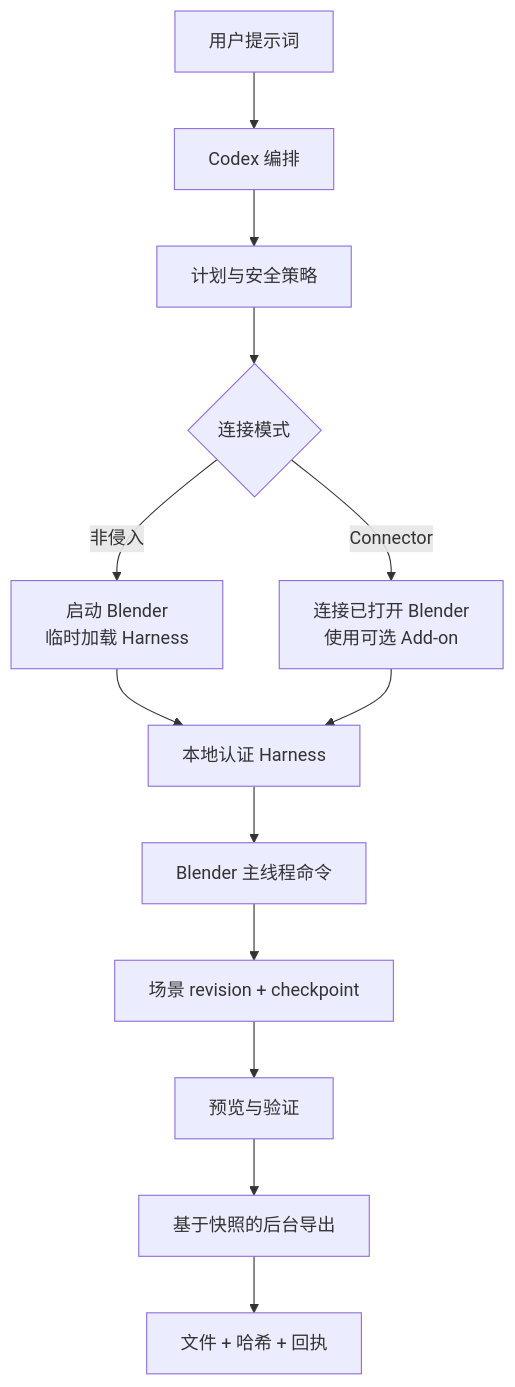
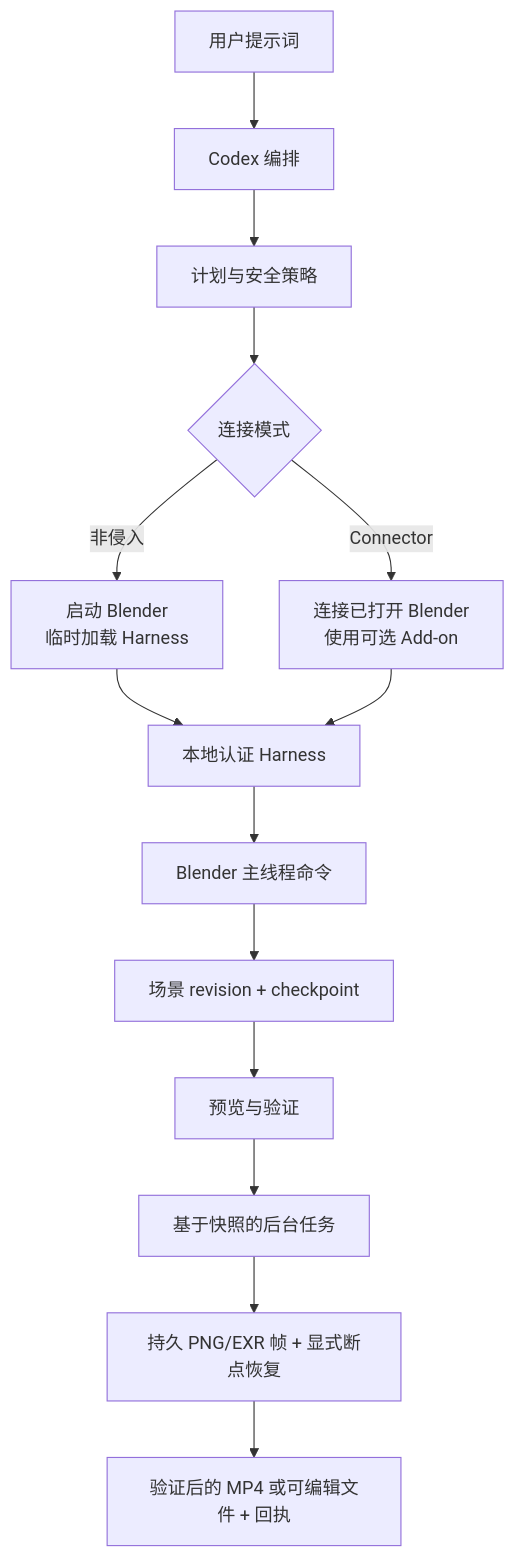
The second of 2 diagrams in README.zh-CN.md (full-aigc-plugins/blender-design-plugin), drawn with Mermaid before and after one commit. The commit also changed other lines of this file and 147 other files, not shown here.

````diff
--- a/README.zh-CN.md
+++ b/README.zh-CN.md
@@ -94,15 +94,16 @@
 ```mermaid
 flowchart TB
     U[用户提示词] --> C[Codex 编排]
     C --> P[计划与安全策略]
     P --> M{连接模式}
     M -->|非侵入| MB[启动 Blender<br/>临时加载 Harness]
     M -->|Connector| CB[连接已打开 Blender<br/>使用可选 Add-on]
     MB --> H[本地认证 Harness]
     CB --> H
     H --> T[Blender 主线程命令]
     T --> S[场景 revision + checkpoint]
     S --> V[预览与验证]
-    V --> J[基于快照的后台导出]
-    J --> R[文件 + 哈希 + 回执]
+    V --> J[基于快照的后台任务]
+    J --> Q[持久 PNG/EXR 帧 + 显式断点恢复]
+    Q --> R[验证后的 MP4 或可编辑文件 + 回执]
 ```
````
